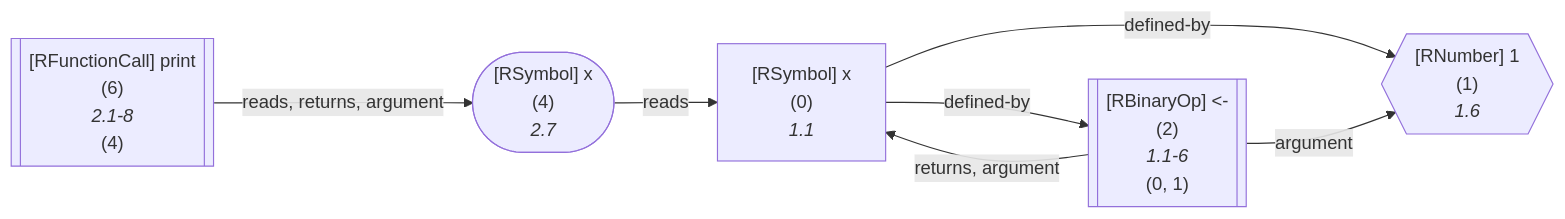
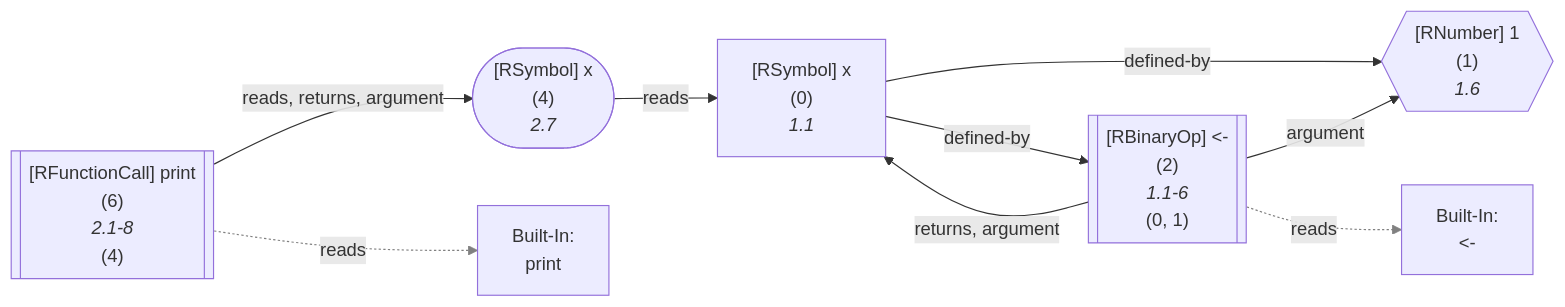
The eighth of 9 diagrams in wiki/Query API.md (flowr-analysis/flowr), drawn with Mermaid before and after one commit. The commit also changed other lines of this file and 6 other files, not shown here.

````diff
--- a/wiki/Query API.md
+++ b/wiki/Query API.md
@@ -2498,26 +2734,34 @@
 ```mermaid
 flowchart LR
     1{{"`#91;RNumber#93; 1
       (1)
       *1.6*`"}}
     0["`#91;RSymbol#93; x
       (0)
       *1.1*`"]
     2[["`#91;RBinaryOp#93; #60;#45;
       (2)
       *1.1-6*
     (0, 1)`"]]
+    built-in:_-["`Built-In:
+#60;#45;`"]
     4(["`#91;RSymbol#93; x
       (4)
       *2.7*`"])
     6[["`#91;RFunctionCall#93; print
       (6)
       *2.1-8*
     (4)`"]]
+    built-in:print["`Built-In:
+print`"]
     0 -->|"defined-by"| 1
     0 -->|"defined-by"| 2
     2 -->|"argument"| 1
     2 -->|"returns, argument"| 0
+    2 -.->|"reads"| built-in:_-
+    linkStyle 4 stroke:gray;
     4 -->|"reads"| 0
     6 -->|"reads, returns, argument"| 4
+    6 -.->|"reads"| built-in:print
+    linkStyle 7 stroke:gray;
 ```
````
